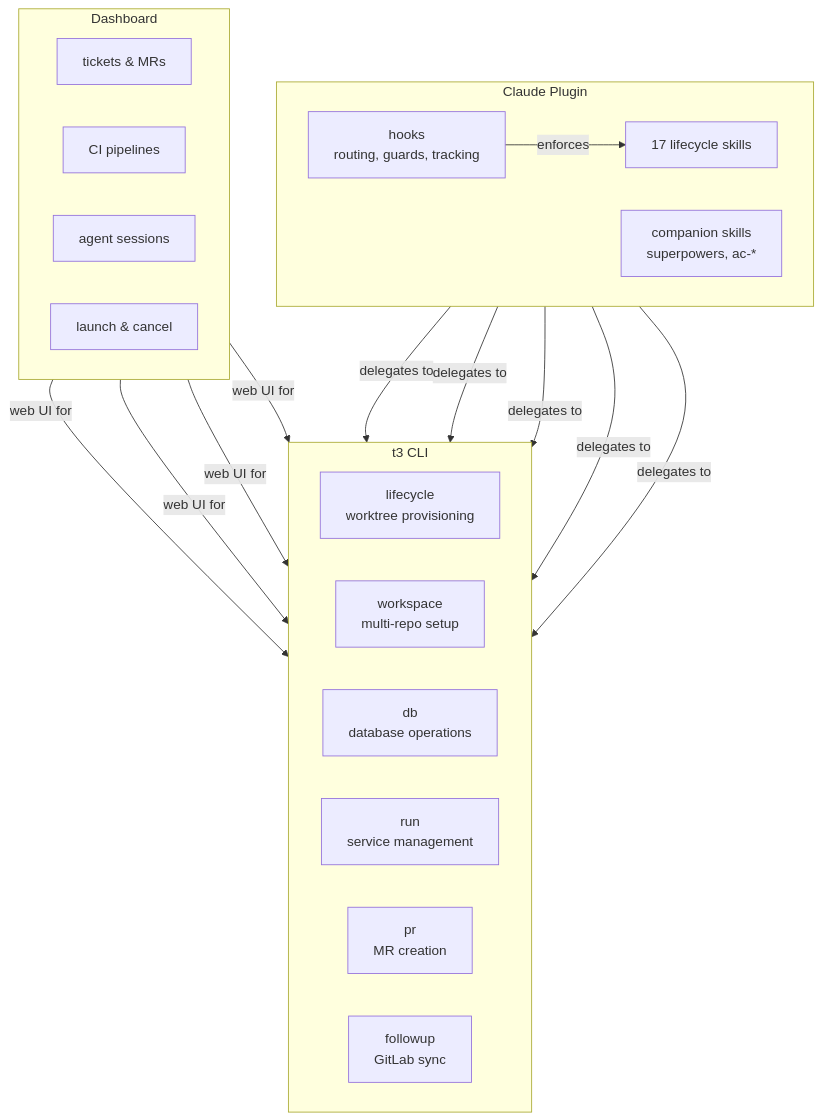
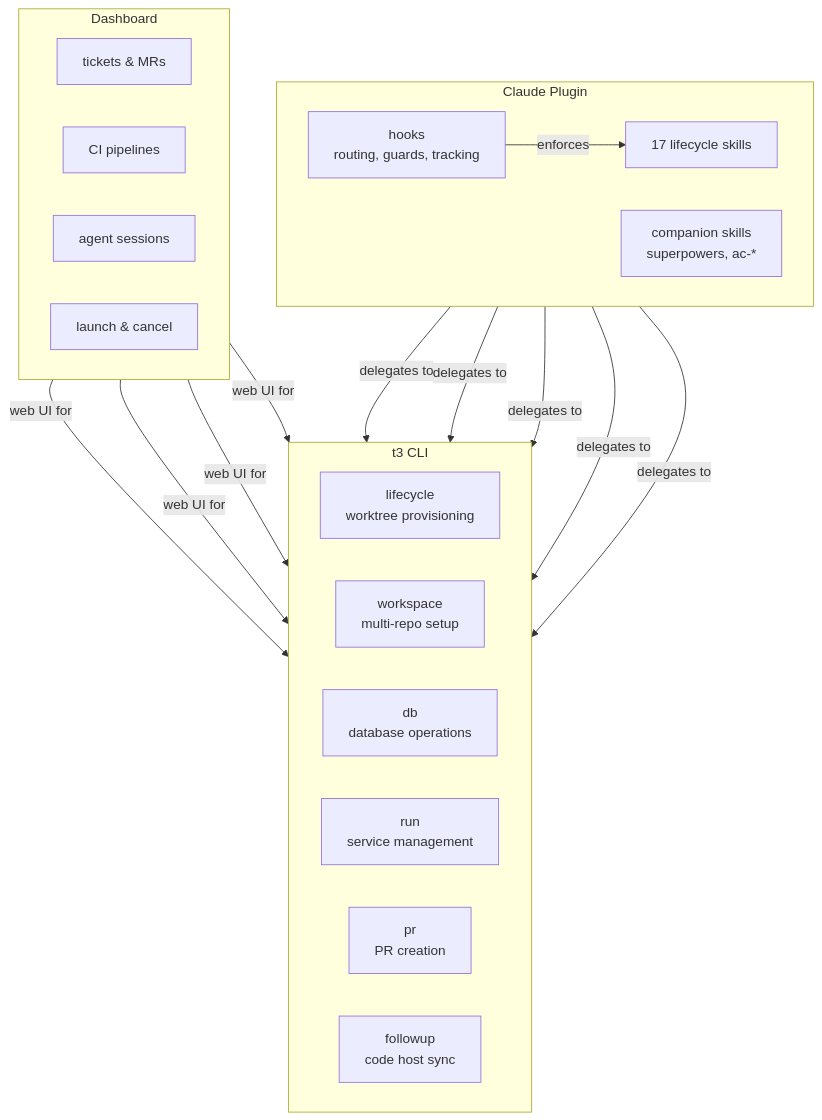
The first of 2 diagrams in README.md (souliane/teatree), drawn with Mermaid before and after one commit. The commit also changed other lines of this file, not shown here.

First line of the commit message:
fix(docs): replace MR/GitLab-specific language with generic terms

````diff
--- a/README.md
+++ b/README.md
@@ -16,31 +16,31 @@
 ```mermaid
 graph TB
   subgraph "t3 CLI"
     direction LR
     lifecycle["lifecycle<br/>worktree provisioning"]
     workspace["workspace<br/>multi-repo setup"]
     db["db<br/>database operations"]
     run["run<br/>service management"]
-    pr["pr<br/>MR creation"]
-    followup["followup<br/>GitLab sync"]
+    pr["pr<br/>PR creation"]
+    followup["followup<br/>code host sync"]
   end
 
   subgraph "Dashboard"
     direction LR
     tickets["tickets & MRs"]
     pipelines["CI pipelines"]
     sessions["agent sessions"]
     actions["launch & cancel"]
   end
 
   subgraph "Claude Plugin"
     direction LR
     skills["17 lifecycle skills"]
     hooks["hooks<br/>routing, guards, tracking"]
     companions["companion skills<br/>superpowers, ac-*"]
   end
 
   Dashboard -->|"web UI for"| lifecycle & workspace & pr & followup
   skills -->|"delegates to"| lifecycle & workspace & db & run & pr
   hooks -->|"enforces"| skills
 ```
````
